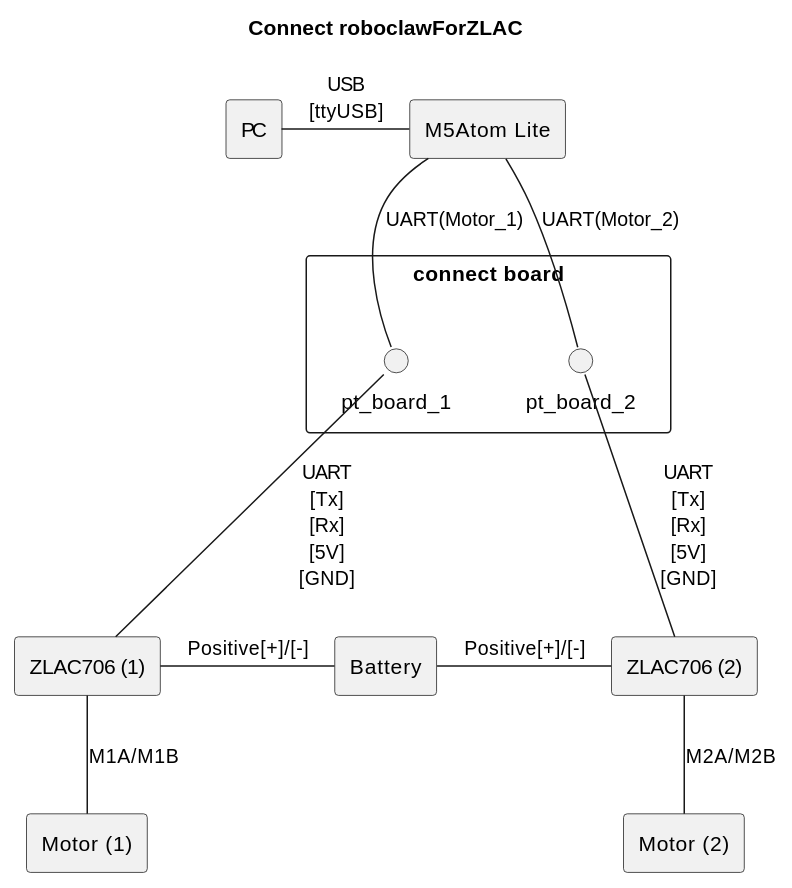
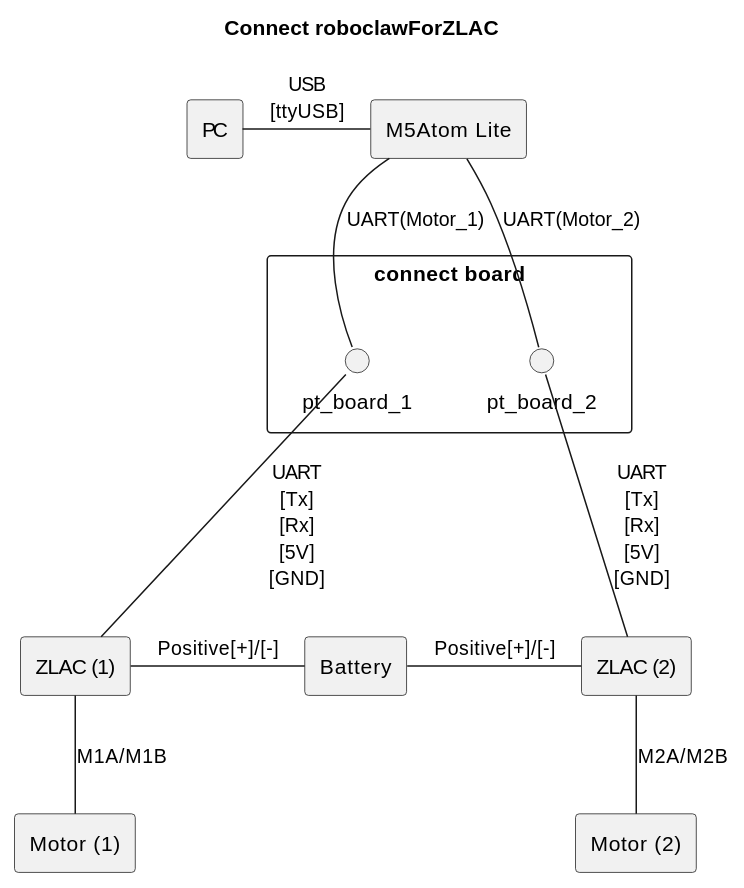
Before and after one commit to MaSiRoProjectOSS/MaidRobotSystem: the second of 3 diagrams in src/satellite_module/unit/mobility_unit/roboclawForZLAC8015D/README.md, drawn with PlantUML. The commit also changed other lines of this file, not shown here.

Commit message:
ドキュメントを修正

````diff
--- a/src/satellite_module/unit/mobility_unit/roboclawForZLAC8015D/README.md
+++ b/src/satellite_module/unit/mobility_unit/roboclawForZLAC8015D/README.md
@@ -22,30 +22,30 @@
 ```plantuml
 @startuml
 title Connect roboclawForZLAC
 
 rectangle "PC" as MCU
 rectangle "M5Atom Lite" as roboclawForZLAC
 rectangle "connect board" as board {
   interface pt_board_1
   interface pt_board_2
 }
 rectangle Battery
-rectangle "ZLAC706 (1)" as ZLAC706_1
-rectangle "ZLAC706 (2)" as ZLAC706_2
+rectangle "ZLAC (1)" as ZLAC_1
+rectangle "ZLAC (2)" as ZLAC_2
 
 rectangle "Motor (1)" as Motor_1
 rectangle "Motor (2)" as Motor_2
 
 MCU -right- roboclawForZLAC : "USB\n[ttyUSB]"
 roboclawForZLAC -- pt_board_1 : UART(Motor_1)
 roboclawForZLAC -- pt_board_2 : UART(Motor_2)
 
-pt_board_1 -- ZLAC706_1 : UART\n[Tx]\n[Rx]\n[5V]\n[GND]
-pt_board_2 -- ZLAC706_2 : UART\n[Tx]\n[Rx]\n[5V]\n[GND]
+pt_board_1 -- ZLAC_1 : UART\n[Tx]\n[Rx]\n[5V]\n[GND]
+pt_board_2 -- ZLAC_2 : UART\n[Tx]\n[Rx]\n[5V]\n[GND]
 
-ZLAC706_1 -right- Battery : Positive[+]/[-]
-ZLAC706_2 -left- Battery : Positive[+]/[-]
-ZLAC706_1 -- Motor_1 : M1A/M1B
-ZLAC706_2 -- Motor_2 : M2A/M2B
+ZLAC_1 -right- Battery : Positive[+]/[-]
+ZLAC_2 -left- Battery : Positive[+]/[-]
+ZLAC_1 -- Motor_1 : M1A/M1B
+ZLAC_2 -- Motor_2 : M2A/M2B
 @enduml
 ```
````
